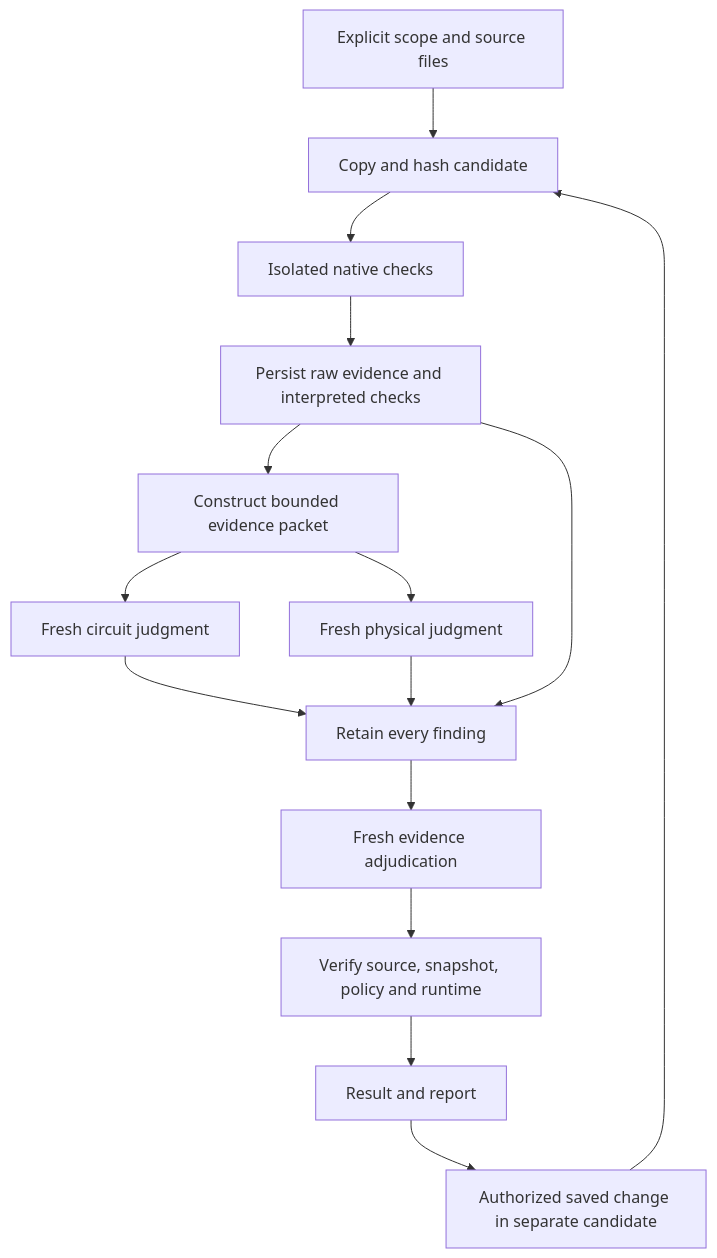
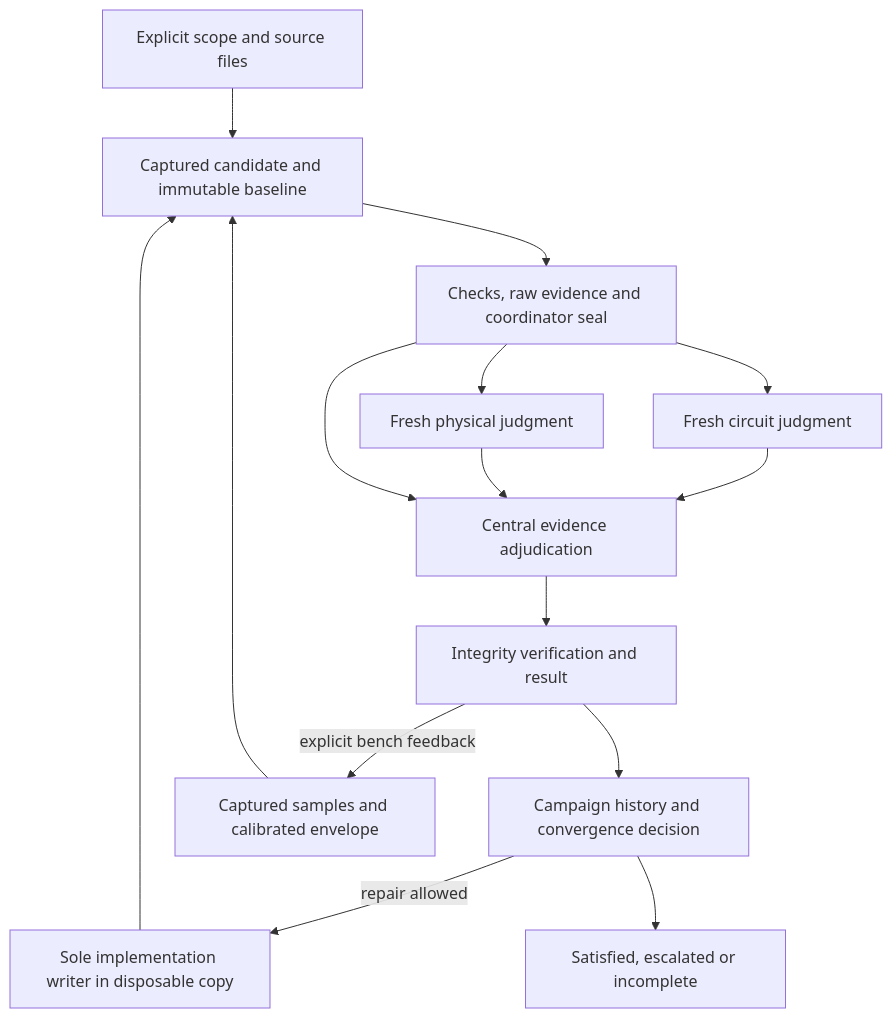
Before and after one commit to halbritt/agent-ee: the first of 2 diagrams in docs/architecture.md, drawn with Mermaid. The commit also changed other lines of this file and 56 other files, not shown here.

First line of the commit message:
Add evidence-gated single-writer review campaigns and bench feedback

````diff
--- a/docs/architecture.md
+++ b/docs/architecture.md
@@ -10,17 +10,17 @@
 ```mermaid
 flowchart TD
-  A[Explicit scope and source files] --> B[Copy and hash candidate]
-  B --> C[Isolated native checks]
-  C --> D[Persist raw evidence and interpreted checks]
-  D --> E[Construct bounded evidence packet]
-  E --> F[Fresh circuit judgment]
-  E --> G[Fresh physical judgment]
-  F --> H[Retain every finding]
-  G --> H
-  D --> H
-  H --> I[Fresh evidence adjudication]
-  I --> J[Verify source, snapshot, policy and runtime]
-  J --> K[Result and report]
-  K --> L[Authorized saved change in separate candidate]
-  L --> B
+  S["Explicit scope and source files"] --> C["Captured candidate and immutable baseline"]
+  C --> E["Checks, raw evidence and coordinator seal"]
+  E --> R1["Fresh circuit judgment"]
+  E --> R2["Fresh physical judgment"]
+  R1 --> A["Central evidence adjudication"]
+  R2 --> A
+  E --> A
+  A --> V["Integrity verification and result"]
+  V --> H["Campaign history and convergence decision"]
+  H -->|repair allowed| I["Sole implementation writer in disposable copy"]
+  I --> C
+  H --> T["Satisfied, escalated or incomplete"]
+  V -->|explicit bench feedback| B["Captured samples and calibrated envelope"]
+  B --> C
 ```
````
